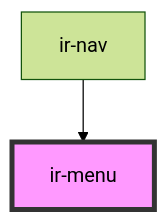
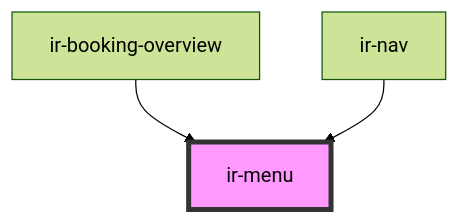
Before and after one commit to RonyRizk/ir-be: the diagram in src/components/ui/ir-menu/readme.md, drawn with Mermaid (forest theme). The commit also changed other lines of this file and 89 other files, not shown here.

````diff
--- a/src/components/ui/ir-menu/readme.md
+++ b/src/components/ui/ir-menu/readme.md
@@ -30,5 +31,6 @@
 ```mermaid
 graph TD;
+  ir-booking-overview --> ir-menu
   ir-nav --> ir-menu
   style ir-menu fill:#f9f,stroke:#333,stroke-width:4px
 ```
````
